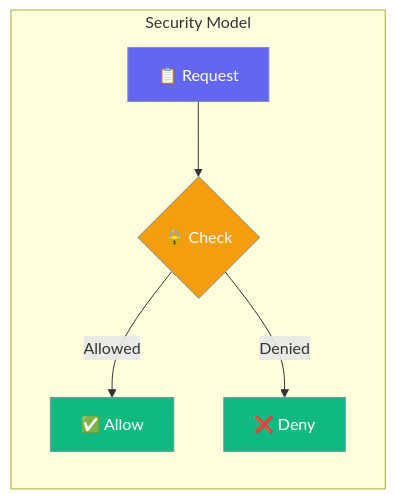
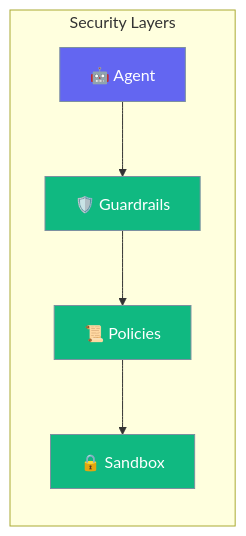
The diagram in docs/rust/security.mdx (MervinPraison/PraisonAIDocs), drawn with Mermaid before and after one commit. The commit also changed other lines of this file and 87 other files, not shown here.

````diff
--- a/docs/rust/security.mdx
+++ b/docs/rust/security.mdx
@@ -10,16 +10,14 @@
 ```mermaid
 graph LR
-    subgraph "Security Model"
-        R[📋 Request] --> C{🔒 Check}
-        C -->|Allowed| A[✅ Allow]
-        C -->|Denied| D[❌ Deny]
+    subgraph "Security Layers"
+        A[🤖 Agent] --> G[🛡️ Guardrails]
+        G --> P[📜 Policies]
+        P --> S[🔒 Sandbox]
     end
     
-    classDef request fill:#6366F1,stroke:#7C90A0,color:#fff
-    classDef check fill:#F59E0B,stroke:#7C90A0,color:#fff
-    classDef result fill:#10B981,stroke:#7C90A0,color:#fff
+    classDef agent fill:#6366F1,stroke:#7C90A0,color:#fff
+    classDef security fill:#10B981,stroke:#7C90A0,color:#fff
     
-    class R request
-    class C check
-    class A,D result
+    class A agent
+    class G,P,S security
 ```
````
